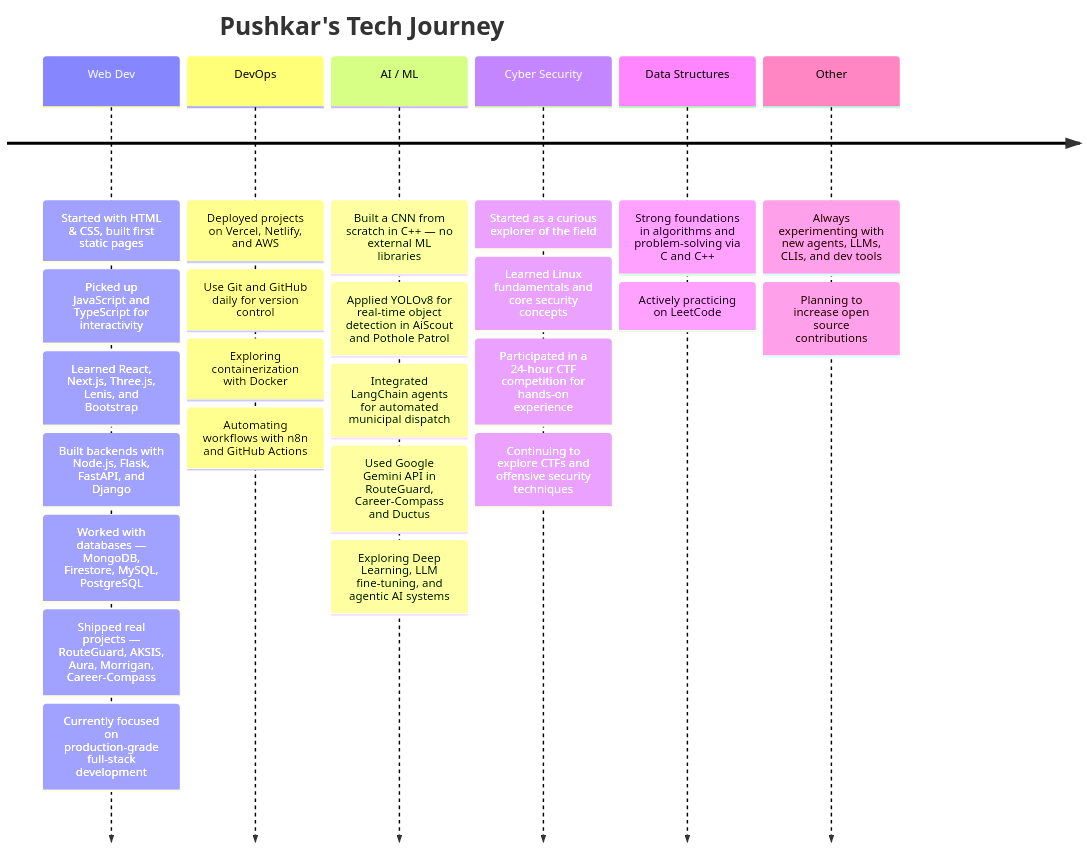
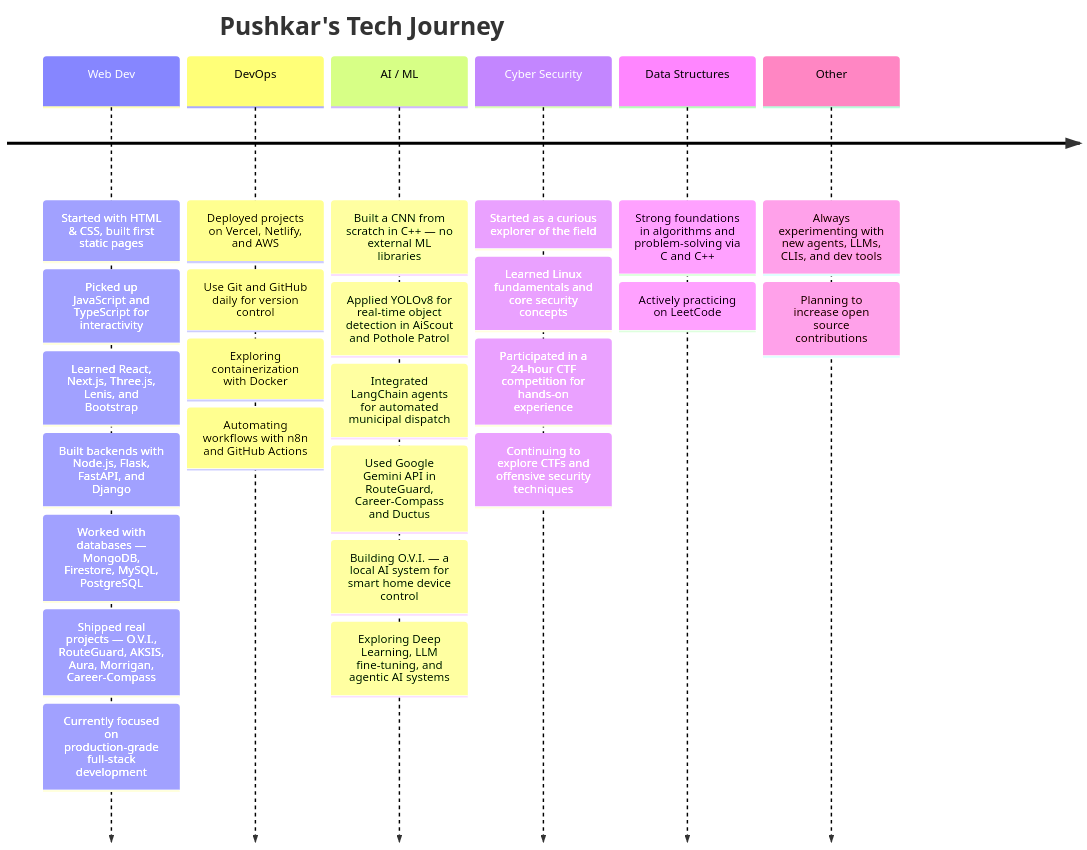
Before and after one commit to pushkar156/pushkar156: the diagram in README.md, drawn with Mermaid. The commit also changed other lines of this file, not shown here.

````diff
--- a/README.md
+++ b/README.md
@@ -244,34 +255,35 @@
 ```mermaid
 timeline
     title Pushkar's Tech Journey
     Web Dev
         : Started with HTML & CSS, built first static pages
         : Picked up JavaScript and TypeScript for interactivity
         : Learned React, Next.js, Three.js, Lenis, and Bootstrap
         : Built backends with Node.js, Flask, FastAPI, and Django
         : Worked with databases — MongoDB, Firestore, MySQL, PostgreSQL
-        : Shipped real projects — RouteGuard, AKSIS, Aura, Morrigan, Career-Compass
+        : Shipped real projects — O.V.I., RouteGuard, AKSIS, Aura, Morrigan, Career-Compass
         : Currently focused on production-grade full-stack development
     DevOps
         : Deployed projects on Vercel, Netlify, and AWS
         : Use Git and GitHub daily for version control
         : Exploring containerization with Docker
         : Automating workflows with n8n and GitHub Actions
     AI / ML
         : Built a CNN from scratch in C++ — no external ML libraries
         : Applied YOLOv8 for real-time object detection in AiScout and Pothole Patrol
         : Integrated LangChain agents for automated municipal dispatch
         : Used Google Gemini API in RouteGuard, Career-Compass and Ductus
+        : Building O.V.I. — a local AI system for smart home device control
         : Exploring Deep Learning, LLM fine-tuning, and agentic AI systems
     Cyber Security
         : Started as a curious explorer of the field
         : Learned Linux fundamentals and core security concepts
         : Participated in a 24-hour CTF competition for hands-on experience
         : Continuing to explore CTFs and offensive security techniques
     Data Structures
         : Strong foundations in algorithms and problem-solving via C and C++
         : Actively practicing on LeetCode
     Other
         : Always experimenting with new agents, LLMs, CLIs, and dev tools
         : Planning to increase open source contributions
 ```
````
